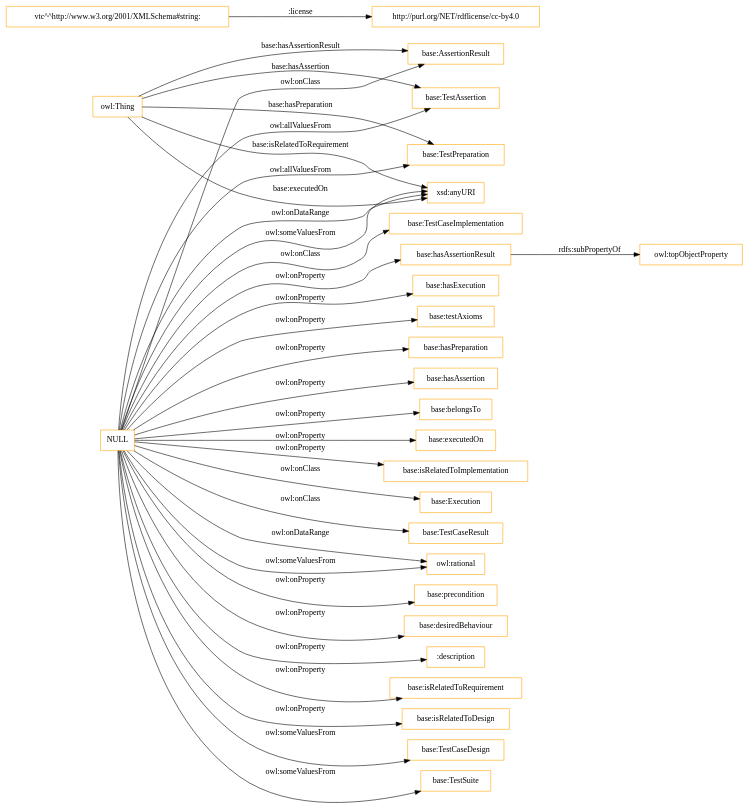
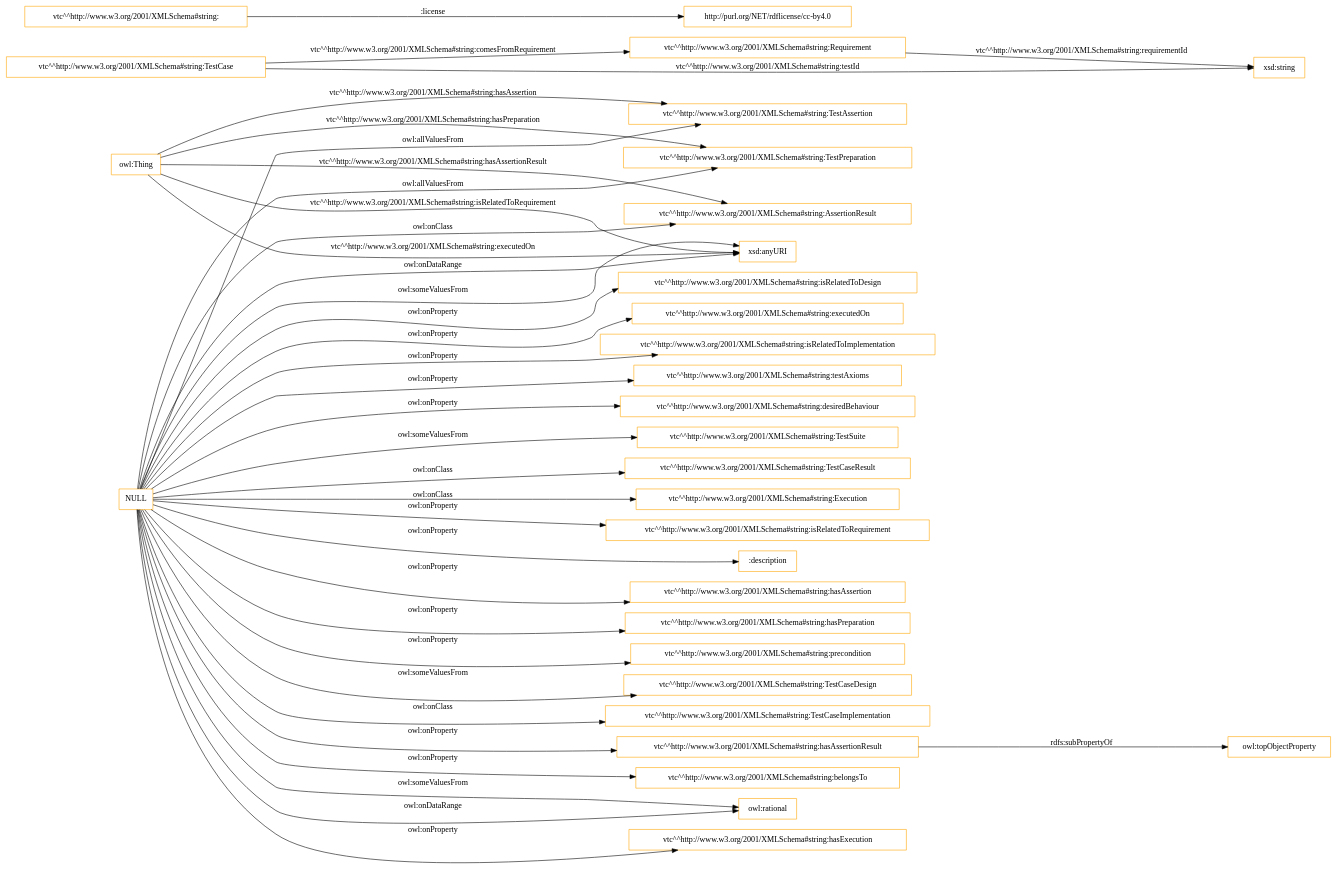
One commit to albaizq/test-verification-ontology changed the diagram in OnToology/ontology/verification-test-description.ttl/diagrams/ar2dtool-class/verification-test-description.ttl.png.dot. Above: the diagram before and after it, drawn with Graphviz. The commit also changed 12 other files, not shown here.

```diff
--- a/OnToology/ontology/verification-test-description.ttl/diagrams/ar2dtool-class/verification-test-description.ttl.png.dot
+++ b/OnToology/ontology/verification-test-description.ttl/diagrams/ar2dtool-class/verification-test-description.ttl.png.dot
@@ -1,38 +1,41 @@
 digraph ar2dtool_diagram { 
 rankdir=LR;
 size="1501"
-node [shape = rectangle, color="orange"]; "base:Execution" "base:TestCaseResult" "base:AssertionResult" "base:TestCaseDesign" "base:TestSuite" "base:TestCaseImplementation" "base:TestAssertion" "base:TestPreparation" ; /*classes style*/
-	"base:hasAssertionResult" -> "owl:topObjectProperty" [ label = "rdfs:subPropertyOf" ];
-	"NULL" -> "base:Execution" [ label = "owl:onClass" ];
-	"NULL" -> "base:TestCaseResult" [ label = "owl:onClass" ];
-	"NULL" -> "base:TestPreparation" [ label = "owl:allValuesFrom" ];
-	"NULL" -> "base:hasExecution" [ label = "owl:onProperty" ];
-	"NULL" -> "base:testAxioms" [ label = "owl:onProperty" ];
-	"NULL" -> "base:hasPreparation" [ label = "owl:onProperty" ];
+node [shape = rectangle, color="orange"]; "vtc^^http://www.w3.org/2001/XMLSchema#string:TestSuite" "vtc^^http://www.w3.org/2001/XMLSchema#string:TestCaseResult" "vtc^^http://www.w3.org/2001/XMLSchema#string:Execution" "vtc^^http://www.w3.org/2001/XMLSchema#string:TestAssertion" "vtc^^http://www.w3.org/2001/XMLSchema#string:Requirement" "vtc^^http://www.w3.org/2001/XMLSchema#string:TestCase" "vtc^^http://www.w3.org/2001/XMLSchema#string:TestPreparation" "vtc^^http://www.w3.org/2001/XMLSchema#string:AssertionResult" "vtc^^http://www.w3.org/2001/XMLSchema#string:TestCaseDesign" "vtc^^http://www.w3.org/2001/XMLSchema#string:TestCaseImplementation" ; /*classes style*/
+	"vtc^^http://www.w3.org/2001/XMLSchema#string:hasAssertionResult" -> "owl:topObjectProperty" [ label = "rdfs:subPropertyOf" ];
+	"NULL" -> "vtc^^http://www.w3.org/2001/XMLSchema#string:TestPreparation" [ label = "owl:allValuesFrom" ];
+	"NULL" -> "vtc^^http://www.w3.org/2001/XMLSchema#string:belongsTo" [ label = "owl:onProperty" ];
 	"NULL" -> "owl:rational" [ label = "owl:someValuesFrom" ];
 	"NULL" -> "xsd:anyURI" [ label = "owl:someValuesFrom" ];
-	"NULL" -> "base:TestCaseImplementation" [ label = "owl:onClass" ];
+	"NULL" -> "vtc^^http://www.w3.org/2001/XMLSchema#string:TestCaseImplementation" [ label = "owl:onClass" ];
+	"NULL" -> "vtc^^http://www.w3.org/2001/XMLSchema#string:hasExecution" [ label = "owl:onProperty" ];
+	"NULL" -> "vtc^^http://www.w3.org/2001/XMLSchema#string:isRelatedToDesign" [ label = "owl:onProperty" ];
+	"NULL" -> "vtc^^http://www.w3.org/2001/XMLSchema#string:executedOn" [ label = "owl:onProperty" ];
 	"NULL" -> "owl:rational" [ label = "owl:onDataRange" ];
-	"NULL" -> "base:hasAssertion" [ label = "owl:onProperty" ];
-	"NULL" -> "base:TestCaseDesign" [ label = "owl:someValuesFrom" ];
-	"NULL" -> "base:AssertionResult" [ label = "owl:onClass" ];
-	"NULL" -> "base:belongsTo" [ label = "owl:onProperty" ];
-	"NULL" -> "base:executedOn" [ label = "owl:onProperty" ];
-	"NULL" -> "base:isRelatedToImplementation" [ label = "owl:onProperty" ];
-	"NULL" -> "base:precondition" [ label = "owl:onProperty" ];
-	"NULL" -> "base:desiredBehaviour" [ label = "owl:onProperty" ];
-	"NULL" -> "base:TestAssertion" [ label = "owl:allValuesFrom" ];
+	"NULL" -> "vtc^^http://www.w3.org/2001/XMLSchema#string:hasAssertionResult" [ label = "owl:onProperty" ];
+	"NULL" -> "vtc^^http://www.w3.org/2001/XMLSchema#string:TestSuite" [ label = "owl:someValuesFrom" ];
+	"NULL" -> "vtc^^http://www.w3.org/2001/XMLSchema#string:isRelatedToImplementation" [ label = "owl:onProperty" ];
+	"NULL" -> "vtc^^http://www.w3.org/2001/XMLSchema#string:TestCaseDesign" [ label = "owl:someValuesFrom" ];
+	"NULL" -> "vtc^^http://www.w3.org/2001/XMLSchema#string:testAxioms" [ label = "owl:onProperty" ];
+	"NULL" -> "vtc^^http://www.w3.org/2001/XMLSchema#string:TestCaseResult" [ label = "owl:onClass" ];
+	"NULL" -> "vtc^^http://www.w3.org/2001/XMLSchema#string:desiredBehaviour" [ label = "owl:onProperty" ];
+	"NULL" -> "vtc^^http://www.w3.org/2001/XMLSchema#string:isRelatedToRequirement" [ label = "owl:onProperty" ];
+	"NULL" -> "vtc^^http://www.w3.org/2001/XMLSchema#string:Execution" [ label = "owl:onClass" ];
 	"NULL" -> ":description" [ label = "owl:onProperty" ];
-	"NULL" -> "base:hasAssertionResult" [ label = "owl:onProperty" ];
-	"NULL" -> "base:isRelatedToRequirement" [ label = "owl:onProperty" ];
+	"NULL" -> "vtc^^http://www.w3.org/2001/XMLSchema#string:hasAssertion" [ label = "owl:onProperty" ];
+	"NULL" -> "vtc^^http://www.w3.org/2001/XMLSchema#string:hasPreparation" [ label = "owl:onProperty" ];
+	"NULL" -> "vtc^^http://www.w3.org/2001/XMLSchema#string:AssertionResult" [ label = "owl:onClass" ];
 	"NULL" -> "xsd:anyURI" [ label = "owl:onDataRange" ];
-	"NULL" -> "base:TestSuite" [ label = "owl:someValuesFrom" ];
-	"NULL" -> "base:isRelatedToDesign" [ label = "owl:onProperty" ];
+	"NULL" -> "vtc^^http://www.w3.org/2001/XMLSchema#string:TestAssertion" [ label = "owl:allValuesFrom" ];
+	"NULL" -> "vtc^^http://www.w3.org/2001/XMLSchema#string:precondition" [ label = "owl:onProperty" ];
 	"vtc^^http://www.w3.org/2001/XMLSchema#string:" -> "http://purl.org/NET/rdflicense/cc-by4.0" [ label = ":license" ];
-	"owl:Thing" -> "base:TestAssertion" [ label = "base:hasAssertion" ];
-	"owl:Thing" -> "base:TestPreparation" [ label = "base:hasPreparation" ];
-	"owl:Thing" -> "xsd:anyURI" [ label = "base:executedOn" ];
-	"owl:Thing" -> "base:AssertionResult" [ label = "base:hasAssertionResult" ];
-	"owl:Thing" -> "xsd:anyURI" [ label = "base:isRelatedToRequirement" ];
+	"vtc^^http://www.w3.org/2001/XMLSchema#string:Requirement" -> "xsd:string" [ label = "vtc^^http://www.w3.org/2001/XMLSchema#string:requirementId" ];
+	"owl:Thing" -> "xsd:anyURI" [ label = "vtc^^http://www.w3.org/2001/XMLSchema#string:executedOn" ];
+	"owl:Thing" -> "vtc^^http://www.w3.org/2001/XMLSchema#string:AssertionResult" [ label = "vtc^^http://www.w3.org/2001/XMLSchema#string:hasAssertionResult" ];
+	"owl:Thing" -> "vtc^^http://www.w3.org/2001/XMLSchema#string:TestAssertion" [ label = "vtc^^http://www.w3.org/2001/XMLSchema#string:hasAssertion" ];
+	"vtc^^http://www.w3.org/2001/XMLSchema#string:TestCase" -> "xsd:string" [ label = "vtc^^http://www.w3.org/2001/XMLSchema#string:testId" ];
+	"vtc^^http://www.w3.org/2001/XMLSchema#string:TestCase" -> "vtc^^http://www.w3.org/2001/XMLSchema#string:Requirement" [ label = "vtc^^http://www.w3.org/2001/XMLSchema#string:comesFromRequirement" ];
+	"owl:Thing" -> "xsd:anyURI" [ label = "vtc^^http://www.w3.org/2001/XMLSchema#string:isRelatedToRequirement" ];
+	"owl:Thing" -> "vtc^^http://www.w3.org/2001/XMLSchema#string:TestPreparation" [ label = "vtc^^http://www.w3.org/2001/XMLSchema#string:hasPreparation" ];
 
 }
```
